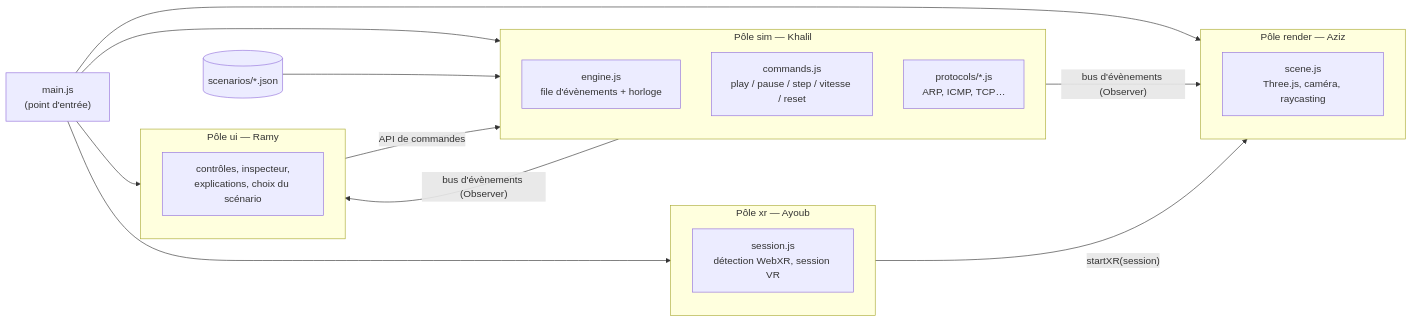
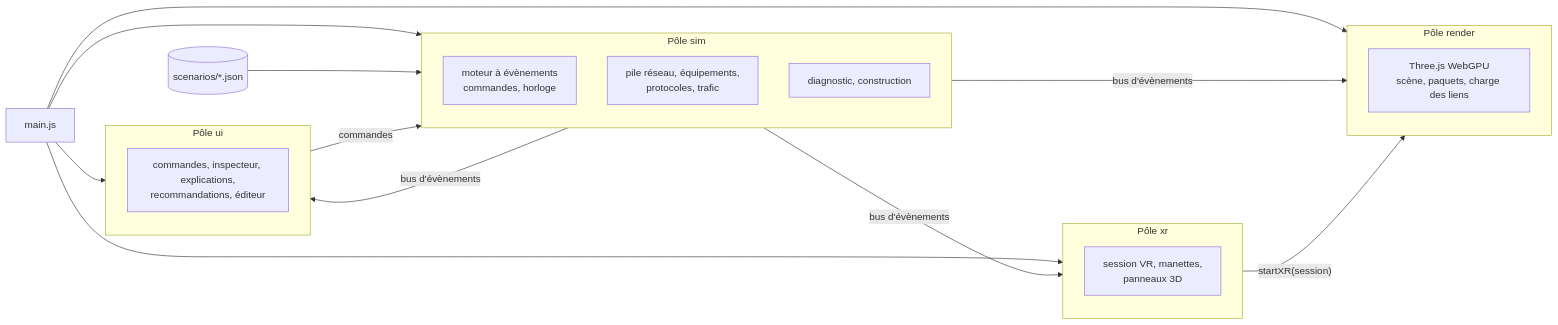
One commit to Bensabbehayoub/3D-network-topology changed the diagram in README.md. Above: the diagram before and after it, drawn with Mermaid. The commit also changed other lines of this file and 23 other files, not shown here.

````diff
--- a/README.md
+++ b/README.md
@@ -93,22 +127,22 @@
 ```mermaid
 flowchart LR
-    main["main.js<br/>(point d'entrée)"] --> sim & render & ui & xr
-    subgraph sim["Pôle sim — Khalil"]
-      engine["engine.js<br/>file d'évènements + horloge"]
-      commands["commands.js<br/>play / pause / step / vitesse / reset"]
-      protocols["protocols/*.js<br/>ARP, ICMP, TCP…"]
+    main["main.js"] --> sim & render & ui & xr
+    subgraph sim["Pôle sim"]
+      engine["moteur à évènements<br/>commandes, horloge"]
+      stack["pile réseau, équipements,<br/>protocoles, trafic"]
+      diag["diagnostic, construction"]
     end
-    subgraph render["Pôle render — Aziz"]
-      scene["scene.js<br/>Three.js, caméra, raycasting"]
+    subgraph render["Pôle render"]
+      scene["Three.js WebGPU<br/>scène, paquets, charge des liens"]
     end
-    subgraph ui["Pôle ui — Ramy"]
-      panels["contrôles, inspecteur,<br/>explications, choix du scénario"]
+    subgraph ui["Pôle ui"]
+      panels["commandes, inspecteur, explications,<br/>recommandations, éditeur"]
     end
-    subgraph xr["Pôle xr — Ayoub"]
-      session["session.js<br/>détection WebXR, session VR"]
+    subgraph xr["Pôle xr"]
+      vr["session VR, manettes,<br/>panneaux 3D"]
     end
     scenarios[("scenarios/*.json")] --> sim
-    sim -- "bus d'évènements (Observer)" --> render & ui
-    ui -- "API de commandes" --> sim
+    sim -- "bus d'évènements" --> render & ui & xr
+    ui -- "commandes" --> sim
     xr -- "startXR(session)" --> render
 ```
````
